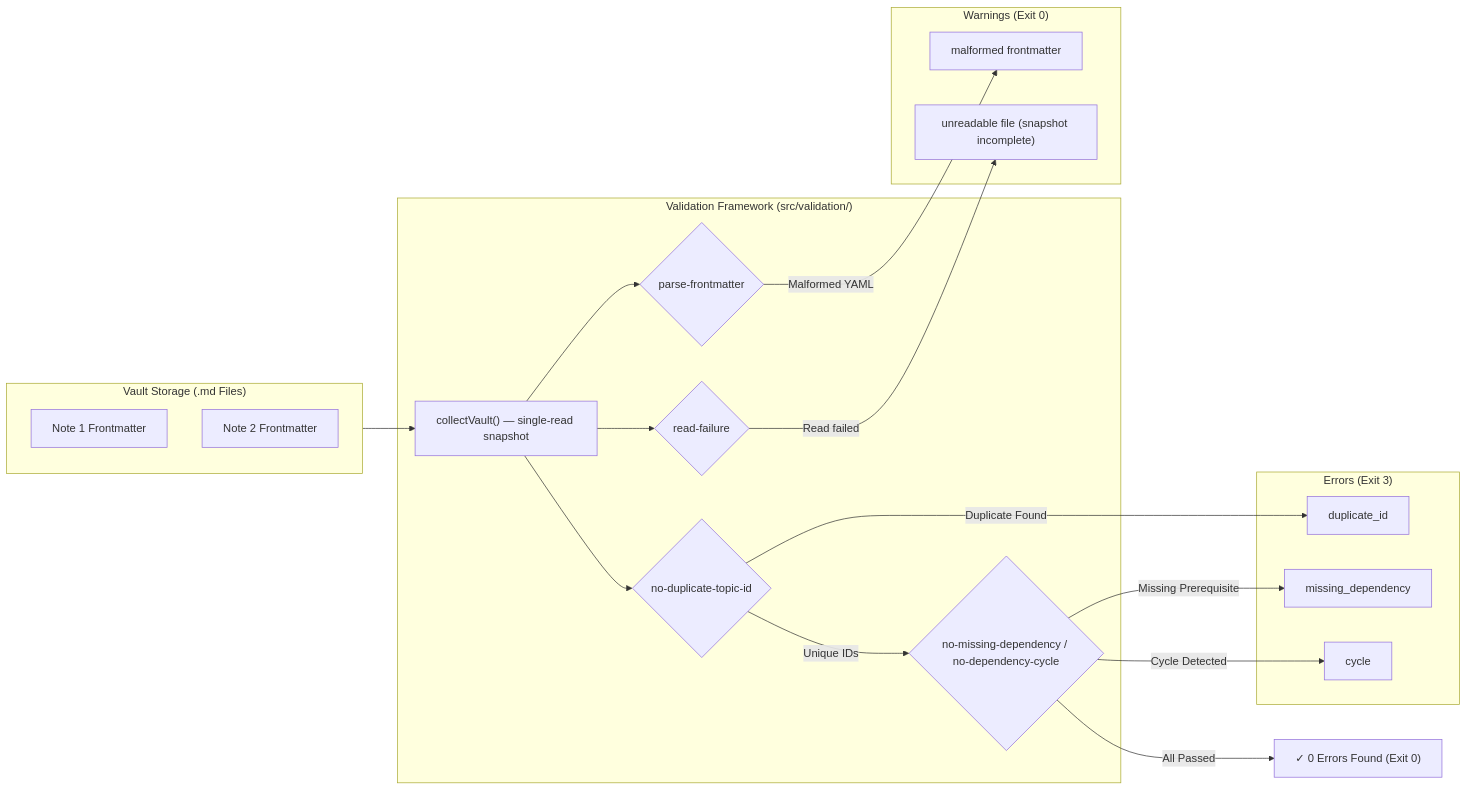
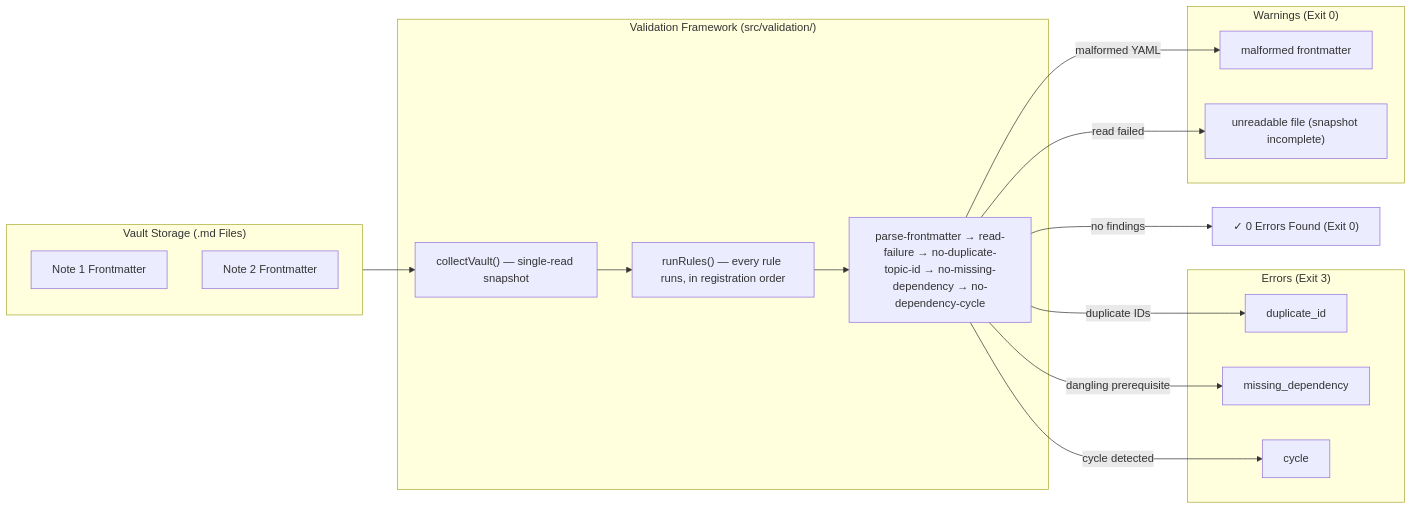
Before and after one commit to Kuldeep2822k/cli: the second of 2 diagrams in docs/02-3-reporting-commands.md, drawn with Mermaid. The commit also changed 1 other file, not shown here.

Commit message:
test(validate): pin cached-unreadable-file regression; docs: runner-order flowchart
CodeRabbit pre-merge residuals:
- New collector regression test: a topic cached while readable never
  resurfaces after the file becomes unreadable — the read-failure path
  excludes it from loadTopics, so the stale cache entry is never
  consulted.
- 02-3 flowchart now shows the real control flow: runRules() executes
  every rule unconditionally in registration order over one snapshot,
  not a gated branch pipeline where dup-check feeds graph checks.

````diff
--- a/docs/02-3-reporting-commands.md
+++ b/docs/02-3-reporting-commands.md
@@ -197,38 +197,34 @@
 ```mermaid
 flowchart LR
     subgraph Storage ["Vault Storage (.md Files)"]
         FM1["Note 1 Frontmatter"]
         FM2["Note 2 Frontmatter"]
     end
     
     subgraph Analyzer ["Validation Framework (src/validation/)"]
         Scan["collectVault() — single-read snapshot"]
-        ParseWarn{"parse-frontmatter"}
-        ReadWarn{"read-failure"}
-        DupCheck{"no-duplicate-topic-id"}
-        GraphCheck{"no-missing-dependency / no-dependency-cycle"}
+        Runner["runRules() — every rule runs, in registration order"]
+        Rules["parse-frontmatter → read-failure → no-duplicate-topic-id → no-missing-dependency → no-dependency-cycle"]
     end
     
     subgraph Errors ["Errors (Exit 3)"]
         ErrDup["duplicate_id"]
         ErrMiss["missing_dependency"]
         ErrCyc["cycle"]
     end
 
     subgraph Warnings ["Warnings (Exit 0)"]
         WarnParse["malformed frontmatter"]
         WarnRead["unreadable file (snapshot incomplete)"]
     end
     
     Storage --> Scan
-    Scan --> ParseWarn
-    Scan --> ReadWarn
-    ParseWarn -->|"Malformed YAML"| WarnParse
-    ReadWarn -->|"Read failed"| WarnRead
-    Scan --> DupCheck
-    DupCheck -->|"Duplicate Found"| ErrDup
-    DupCheck -->|"Unique IDs"| GraphCheck
-    GraphCheck -->|"Missing Prerequisite"| ErrMiss
-    GraphCheck -->|"Cycle Detected"| ErrCyc
-    GraphCheck -->|"All Passed"| Success["✓ 0 Errors Found (Exit 0)"]
+    Scan --> Runner
+    Runner --> Rules
+    Rules -->|"duplicate IDs"| ErrDup
+    Rules -->|"dangling prerequisite"| ErrMiss
+    Rules -->|"cycle detected"| ErrCyc
+    Rules -->|"malformed YAML"| WarnParse
+    Rules -->|"read failed"| WarnRead
+    Rules -->|"no findings"| Success["✓ 0 Errors Found (Exit 0)"]
 ```
````
